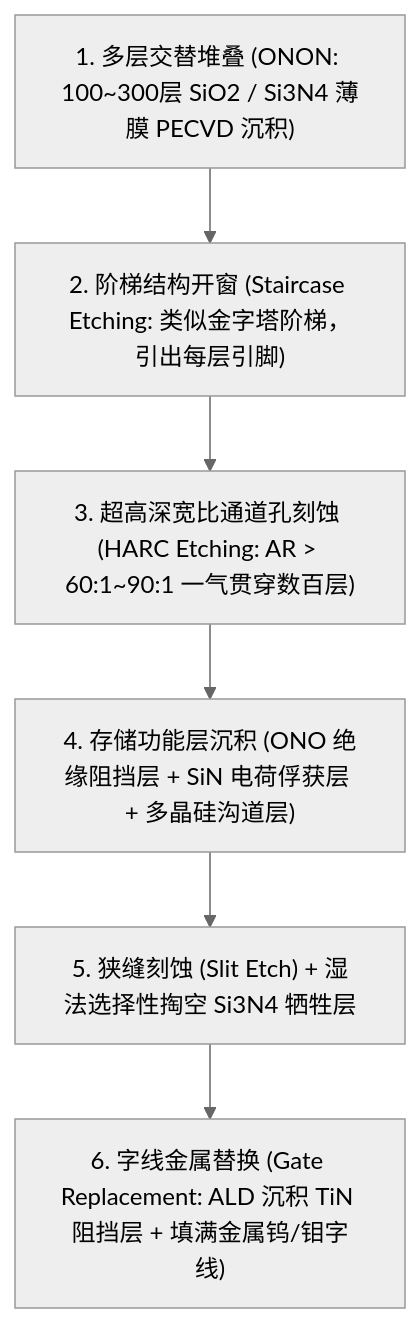
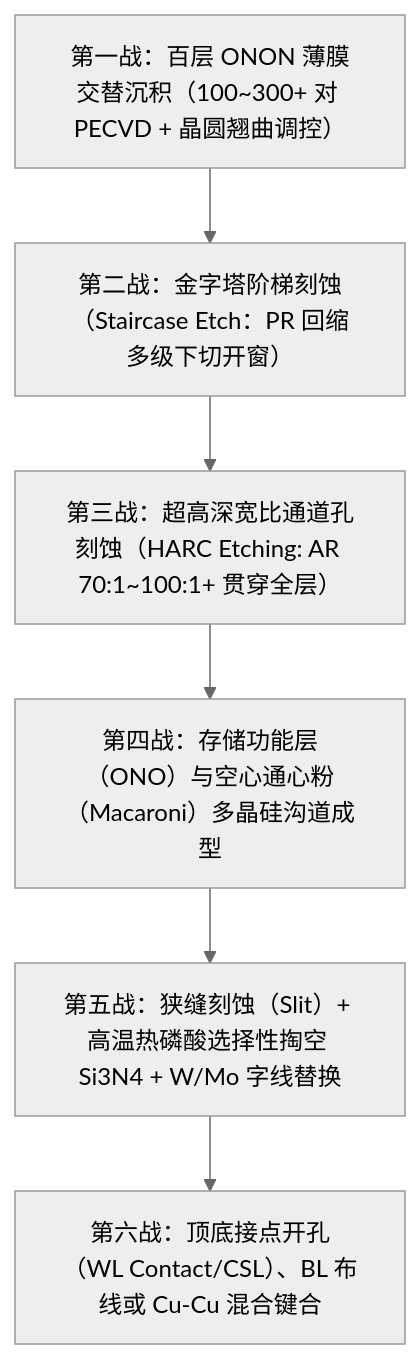
One commit to xinjing-MD/wafer-fab-handbook changed the diagram in 04_工艺整合与节点/03_存储器制造全流程/笔记/02_3DNAND百层堆叠与HARC刻蚀.md. Above: the diagram before and after it, drawn with Mermaid (neutral theme). The commit also changed other lines of this file and 54 other files, not shown here.

````diff
--- a/04_工艺整合与节点/03_存储器制造全流程/笔记/02_3DNAND百层堆叠与HARC刻蚀.md
+++ b/04_工艺整合与节点/03_存储器制造全流程/笔记/02_3DNAND百层堆叠与HARC刻蚀.md
@@ -19,8 +38,8 @@
 ```mermaid
 flowchart TD
-    A["1. 多层交替堆叠 (ONON: 100~300层 SiO2 / Si3N4 薄膜 PECVD 沉积)"] --> B["2. 阶梯结构开窗 (Staircase Etching: 类似金字塔阶梯，引出每层引脚)"]
-    B --> C["3. 超高深宽比通道孔刻蚀 (HARC Etching: AR > 60:1~90:1 一气贯穿数百层)"]
-    C --> D["4. 存储功能层沉积 (ONO 绝缘阻挡层 + SiN 电荷俘获层 + 多晶硅沟道层)"]
-    D --> E["5. 狭缝刻蚀 (Slit Etch) + 湿法选择性掏空 Si3N4 牺牲层"]
-    E --> F["6. 字线金属替换 (Gate Replacement: ALD 沉积 TiN 阻挡层 + 填满金属钨/钼字线)"]
+    A["第一战：百层 ONON 薄膜交替沉积（100~300+ 对 PECVD + 晶圆翘曲调控）"] --> B["第二战：金字塔阶梯刻蚀（Staircase Etch：PR 回缩多级下切开窗）"]
+    B --> C["第三战：超高深宽比通道孔刻蚀（HARC Etching: AR 70:1~100:1+ 贯穿全层）"]
+    C --> D["第四战：存储功能层（ONO）与空心通心粉（Macaroni）多晶硅沟道成型"]
+    D --> E["第五战：狭缝刻蚀（Slit）+ 高温热磷酸选择性掏空 Si3N4 + W/Mo 字线替换"]
+    E --> F["第六战：顶底接点开孔（WL Contact/CSL）、BL 布线或 Cu-Cu 混合键合"]
 ```
````
